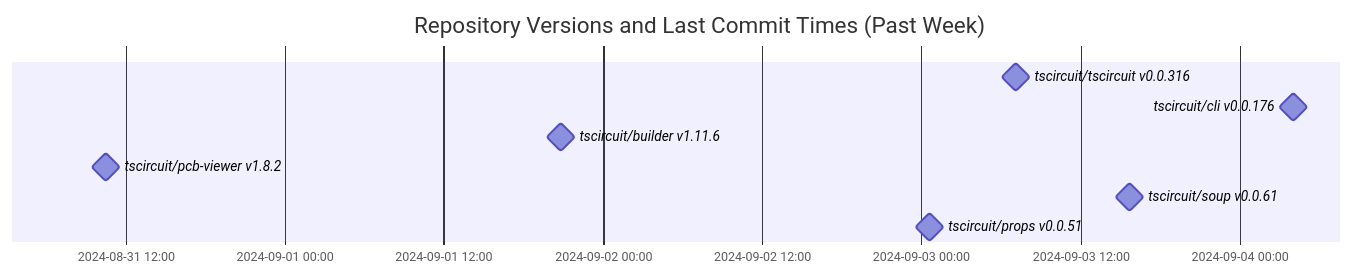
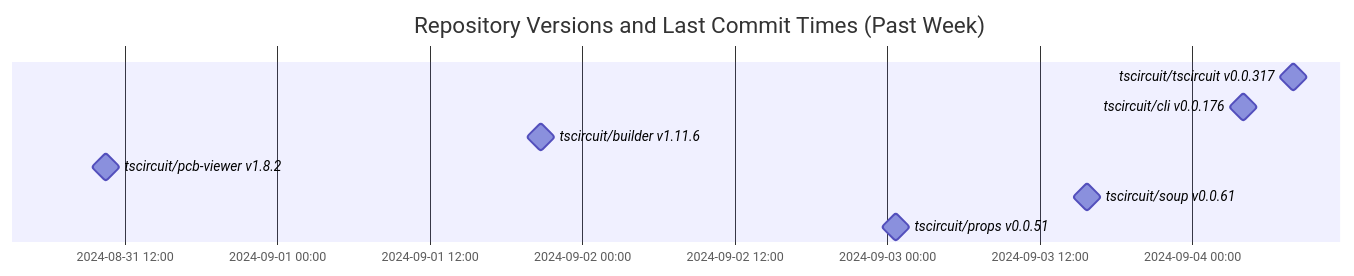
One commit to tscircuit/version-tracker changed the diagram in README.md. Above: the diagram before and after it, drawn with Mermaid.

Commit message:
Update chart

````diff
--- a/README.md
+++ b/README.md
@@ -1,13 +1,13 @@
 ```mermaid
 gantt
   dateFormat  YYYY-MM-DD HH:mm:ss
   title Repository Versions and Last Commit Times (Past Week)
   axisFormat %Y-%m-%d %H:%M
 
-  tscircuit/tscircuit v0.0.316 : milestone, 2024-09-03 07:07:11, 1s
+  tscircuit/tscircuit v0.0.317 : milestone, 2024-09-04 07:58:42, 1s
   tscircuit/cli v0.0.176 : milestone, 2024-09-04 04:03:50, 1s
   tscircuit/builder v1.11.6 : milestone, 2024-09-01 20:47:46, 1s
   tscircuit/pcb-viewer v1.8.2 : milestone, 2024-08-31 10:30:56, 1s
   tscircuit/soup v0.0.61 : milestone, 2024-09-03 15:44:43, 1s
   tscircuit/props v0.0.51 : milestone, 2024-09-03 00:38:45, 1s
 ```
````
